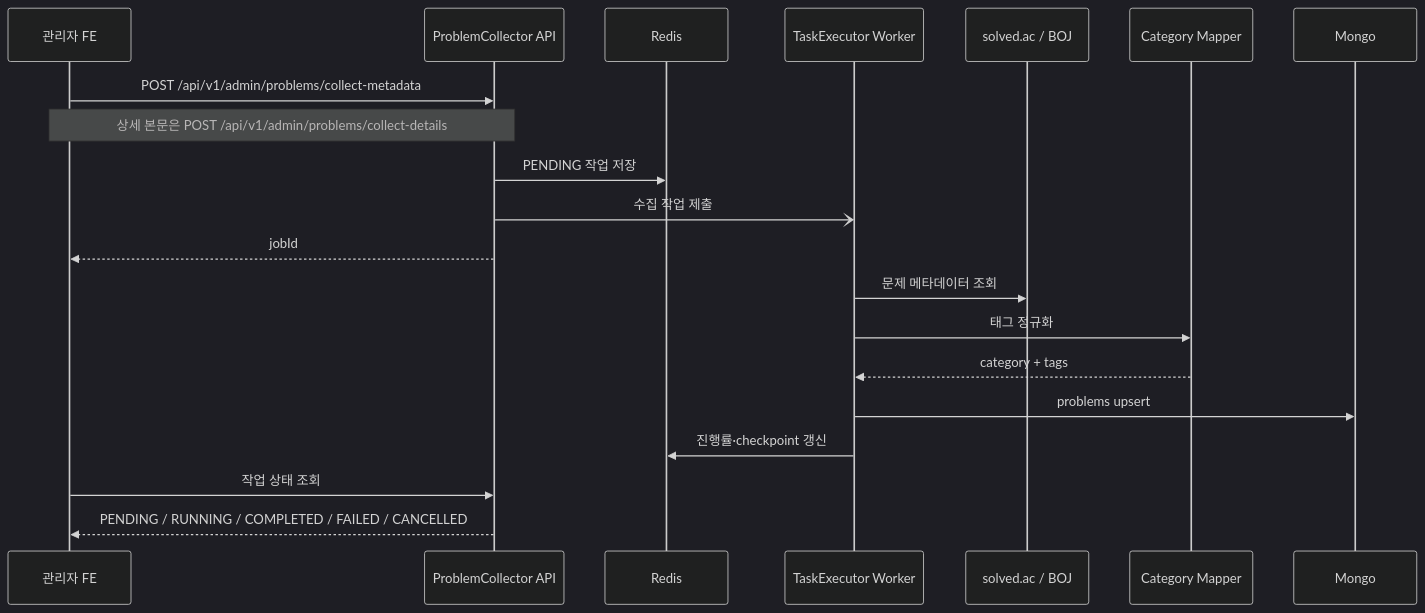
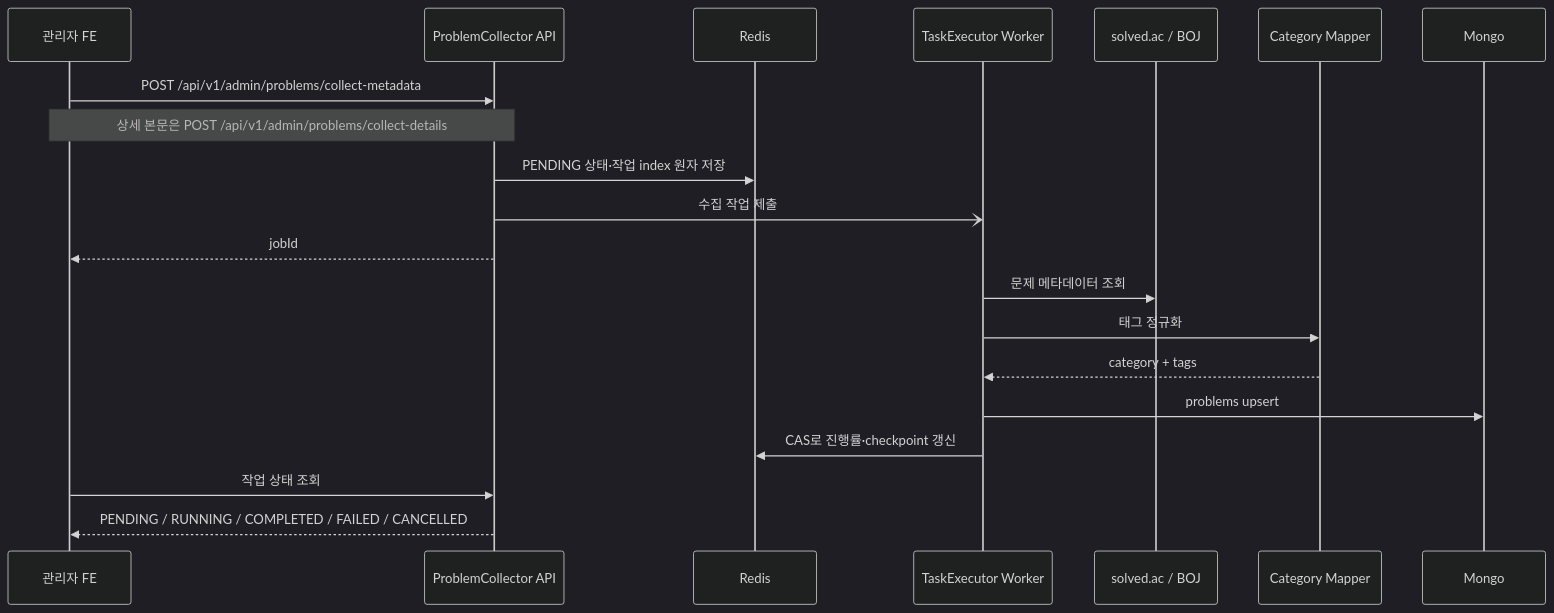
Before and after one commit to didim-log/didim-log-BE: the third of 5 diagrams in README.md, drawn with Mermaid (dark theme). The commit also changed other lines of this file and 8 other files, not shown here.

````diff
--- a/README.md
+++ b/README.md
@@ -125,23 +125,23 @@
 ```mermaid
 sequenceDiagram
     participant Admin as 관리자 FE
     participant API as ProblemCollector API
     participant Redis
     participant Worker as TaskExecutor Worker
     participant Source as solved.ac / BOJ
     participant Mapper as Category Mapper
     participant Mongo
 
     Admin->>API: POST /api/v1/admin/problems/collect-metadata
     Note over Admin,API: 상세 본문은 POST /api/v1/admin/problems/collect-details
-    API->>Redis: PENDING 작업 저장
+    API->>Redis: PENDING 상태·작업 index 원자 저장
     API-)Worker: 수집 작업 제출
     API-->>Admin: jobId
     Worker->>Source: 문제 메타데이터 조회
     Worker->>Mapper: 태그 정규화
     Mapper-->>Worker: category + tags
     Worker->>Mongo: problems upsert
-    Worker->>Redis: 진행률·checkpoint 갱신
+    Worker->>Redis: CAS로 진행률·checkpoint 갱신
     Admin->>API: 작업 상태 조회
     API-->>Admin: PENDING / RUNNING / COMPLETED / FAILED / CANCELLED
 ```
````
